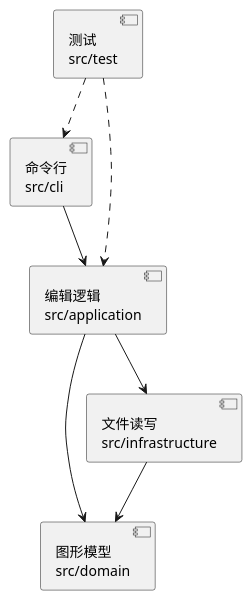
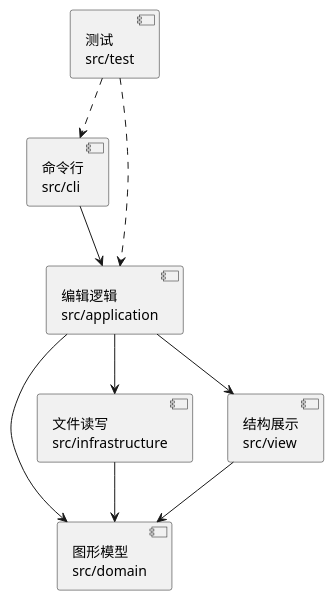
The diagram in doc/README.md (1332630765/softwareDesign_zym), drawn with PlantUML before and after one commit. The commit also changed other lines of this file and 23 other files, not shown here.

````diff
--- a/doc/README.md
+++ b/doc/README.md
@@ -15,15 +16,18 @@
 ```plantuml
 @startuml
 component "命令行\nsrc/cli" as CLI
 component "编辑逻辑\nsrc/application" as APP
 component "图形模型\nsrc/domain" as DOM
 component "文件读写\nsrc/infrastructure" as INF
+component "结构展示\nsrc/view" as VIEW
 component "测试\nsrc/test" as TEST
 CLI --> APP
 APP --> DOM
 APP --> INF
+APP --> VIEW
 INF --> DOM
+VIEW --> DOM
 TEST ..> CLI
 TEST ..> APP
 @enduml
 ```
````
